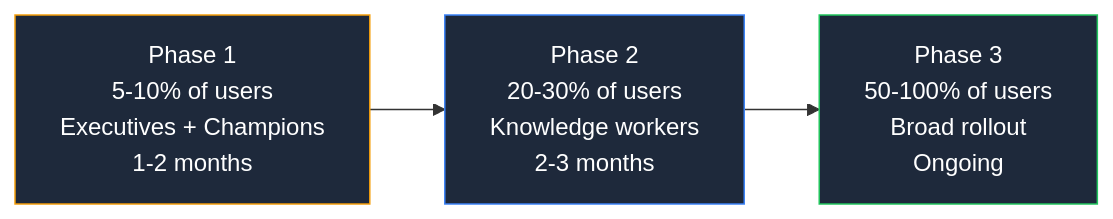
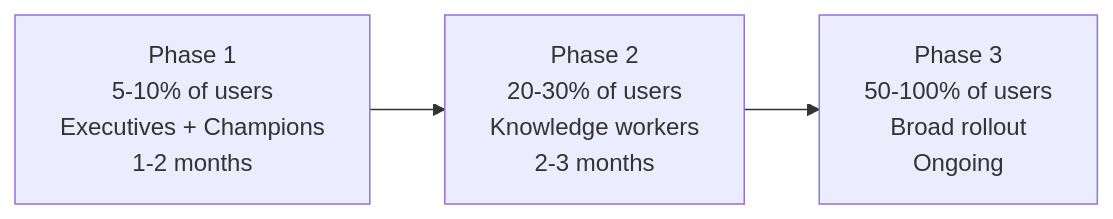
One commit to susanthgit/aguidetocloud-revamp changed the second of 2 diagrams in content/licensing/microsoft-365-copilot.md. Above: the diagram before and after it, drawn with Mermaid. The commit also changed other lines of this file and 553 other files, not shown here.

First line of the commit message:
🌸 Z17: Zen Mermaid diagrams — Stripe Docs style

````diff
--- a/content/licensing/microsoft-365-copilot.md
+++ b/content/licensing/microsoft-365-copilot.md
@@ -103,10 +99,7 @@
 ```mermaid
 flowchart LR
-    P1["Phase 1\n5-10% of users\nExecutives + Champions\n1-2 months"]
-    P2["Phase 2\n20-30% of users\nKnowledge workers\n2-3 months"]
-    P3["Phase 3\n50-100% of users\nBroad rollout\nOngoing"]
+    P1["Phase 1<br/>5-10% of users<br/>Executives + Champions<br/>1-2 months"]
+    P2["Phase 2<br/>20-30% of users<br/>Knowledge workers<br/>2-3 months"]
+    P3["Phase 3<br/>50-100% of users<br/>Broad rollout<br/>Ongoing"]
     P1 --> P2 --> P3
-    style P1 fill:#1e293b,stroke:#f59e0b,color:#ffffff
-    style P2 fill:#1e293b,stroke:#3b82f6,color:#ffffff
-    style P3 fill:#1e293b,stroke:#22c55e,color:#ffffff
 ```
````
